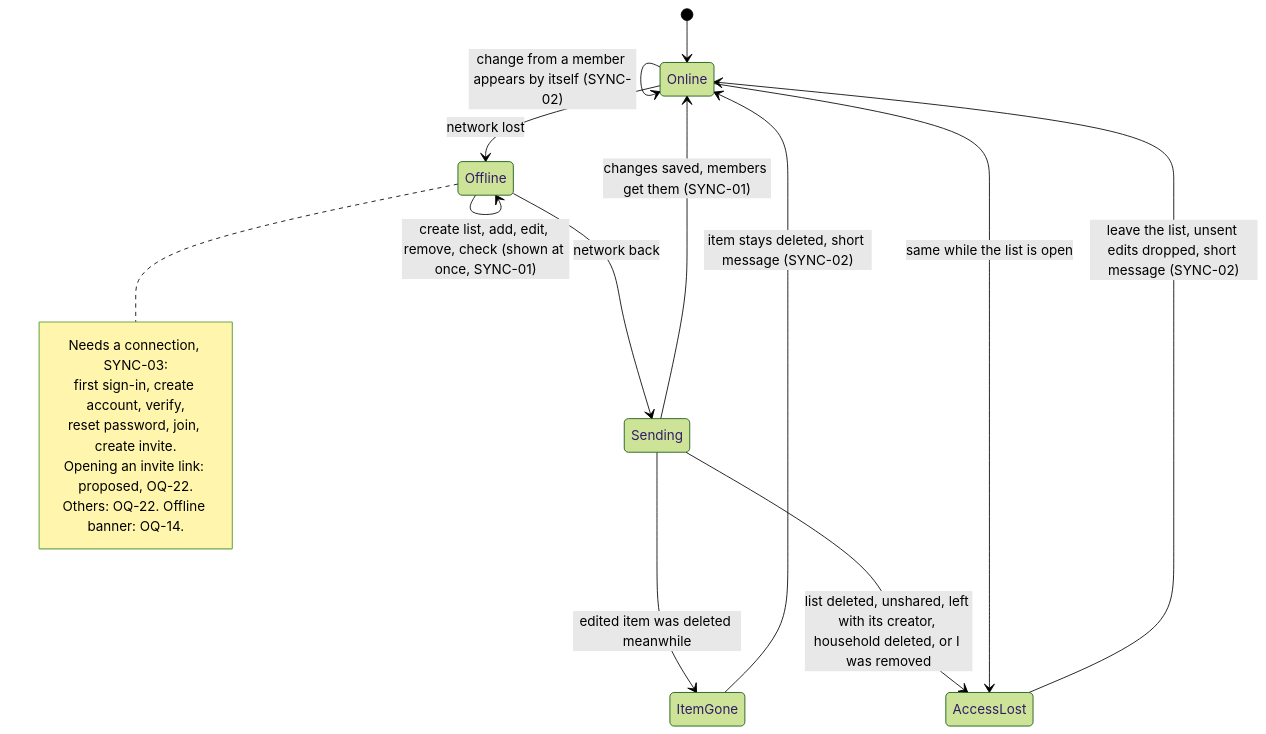
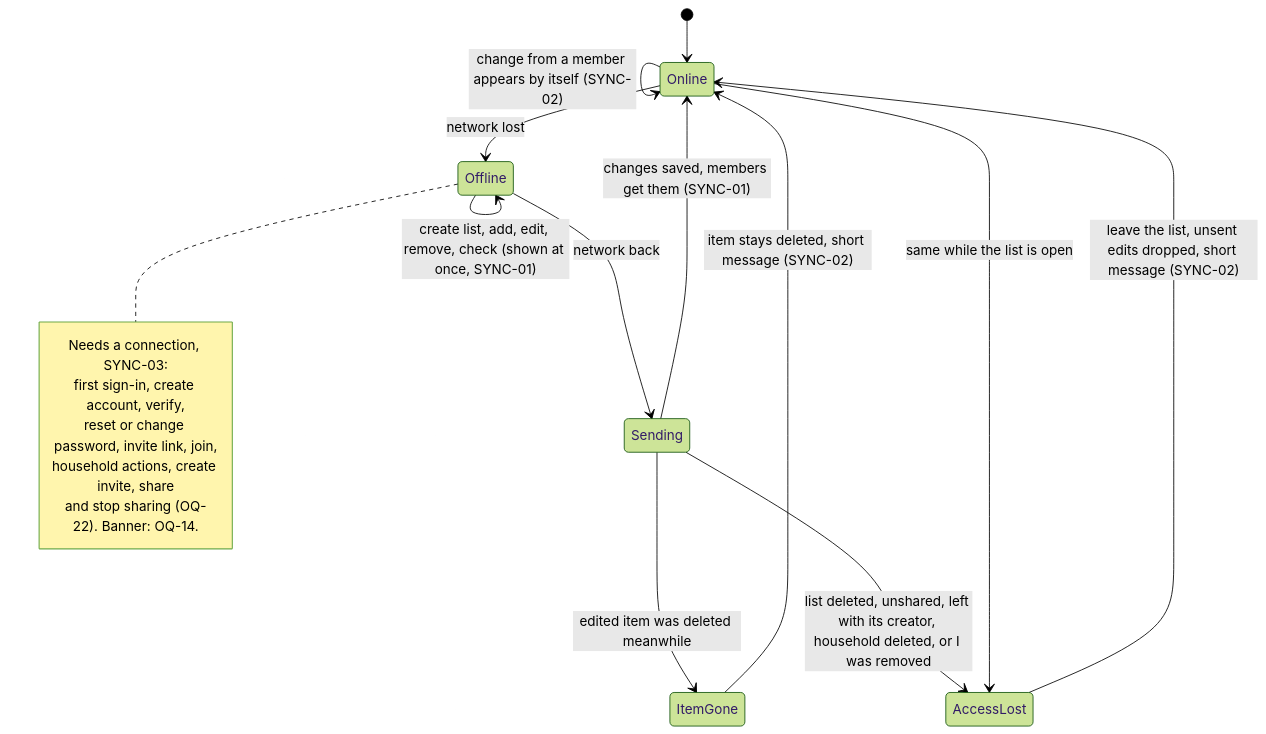
Before and after one commit to bondo/listicles2: the eighth of 11 diagrams in docs/product/flow.md, drawn with Mermaid (forest theme). The commit also changed other lines of this file and 1 other file, not shown here.

````diff
--- a/docs/product/flow.md
+++ b/docs/product/flow.md
@@ -220,21 +218,21 @@
 ```mermaid
 stateDiagram-v2
     [*] --> Online
     Online --> Offline: network lost
     Offline --> Offline: create list, add, edit, remove, check (shown at once, SYNC-01)
     Offline --> Sending: network back
     Sending --> Online: changes saved, members get them (SYNC-01)
     Online --> Online: change from a member appears by itself (SYNC-02)
     Sending --> ItemGone: edited item was deleted meanwhile
     ItemGone --> Online: item stays deleted, short message (SYNC-02)
     Sending --> AccessLost: list deleted, unshared, left with its creator, household deleted, or I was removed
     Online --> AccessLost: same while the list is open
     AccessLost --> Online: leave the list, unsent edits dropped, short message (SYNC-02)
     note right of Offline
         Needs a connection, SYNC-03:
         first sign-in, create account, verify,
-        reset password, join, create invite.
-        Opening an invite link: proposed, OQ-22.
-        Others: OQ-22. Offline banner: OQ-14.
+        reset or change password, invite link, join,
+        household actions, create invite, share
+        and stop sharing (OQ-22). Banner: OQ-14.
     end note
 ```
````
